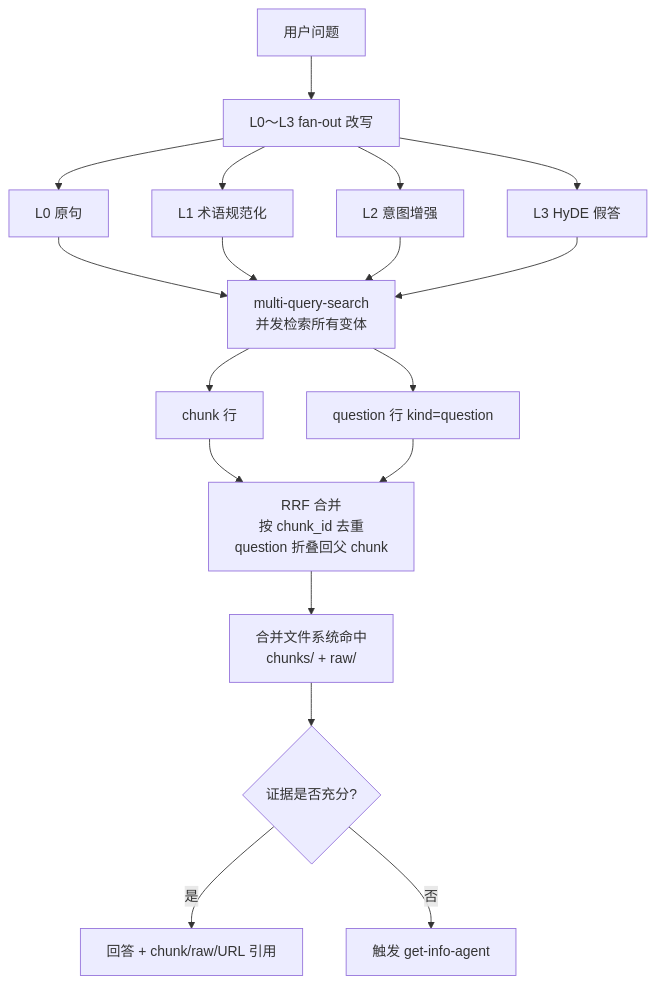
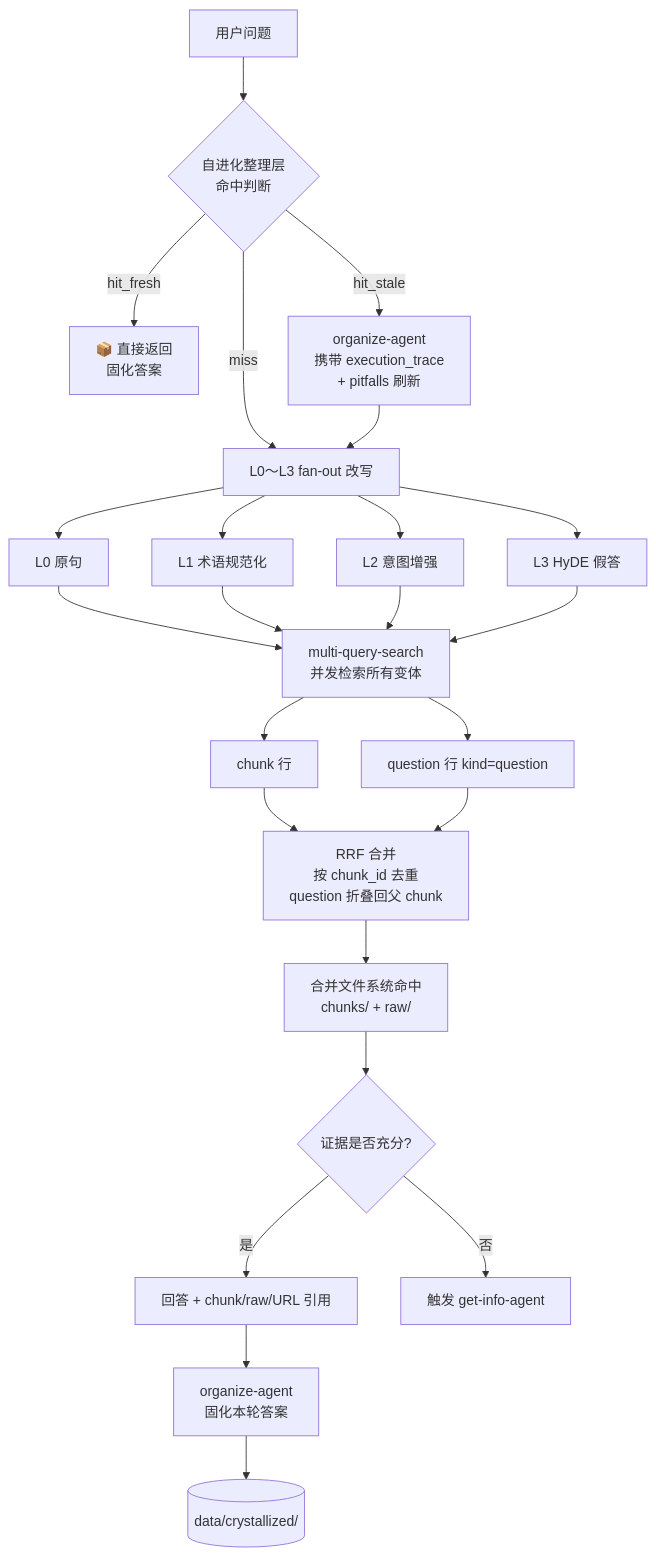
The second of 3 diagrams in README.md (mengsi16/brain-base), drawn with Mermaid before and after one commit. The commit also changed other lines of this file and 14 other files, not shown here.

````diff
--- a/README.md
+++ b/README.md
@@ -97,20 +123,26 @@
 ```mermaid
 flowchart TD
-    IN[用户问题] --> FAN[L0〜L3 fan-out 改写]
+    IN[用户问题] --> CRY{自进化整理层<br/>命中判断}
+    CRY -->|hit_fresh| CRYANS[📦 直接返回<br/>固化答案]
+    CRY -->|hit_stale| REFR[organize-agent<br/>携带 execution_trace<br/>+ pitfalls 刷新]
+    CRY -->|miss| FAN[L0〜L3 fan-out 改写]
+    REFR --> FAN
     FAN --> L0[L0 原句]
     FAN --> L1[L1 术语规范化]
     FAN --> L2[L2 意图增强]
     FAN --> L3[L3 HyDE 假答]
     L0 --> MQS
     L1 --> MQS
     L2 --> MQS
     L3 --> MQS
     MQS[multi-query-search<br/>并发检索所有变体] --> CR[chunk 行]
     MQS --> QR[question 行 kind=question]
     CR --> RRF[RRF 合并<br/>按 chunk_id 去重<br/>question 折叠回父 chunk]
     QR --> RRF
     RRF --> MERGE[合并文件系统命中<br/>chunks/ + raw/]
     MERGE --> JUDGE{证据是否充分?}
     JUDGE -->|是| ANSWER[回答 + chunk/raw/URL 引用]
     JUDGE -->|否| TRIG[触发 get-info-agent]
+    ANSWER --> CRYW[organize-agent<br/>固化本轮答案]
+    CRYW --> CRYDB[(data/crystallized/)]
 ```
````
